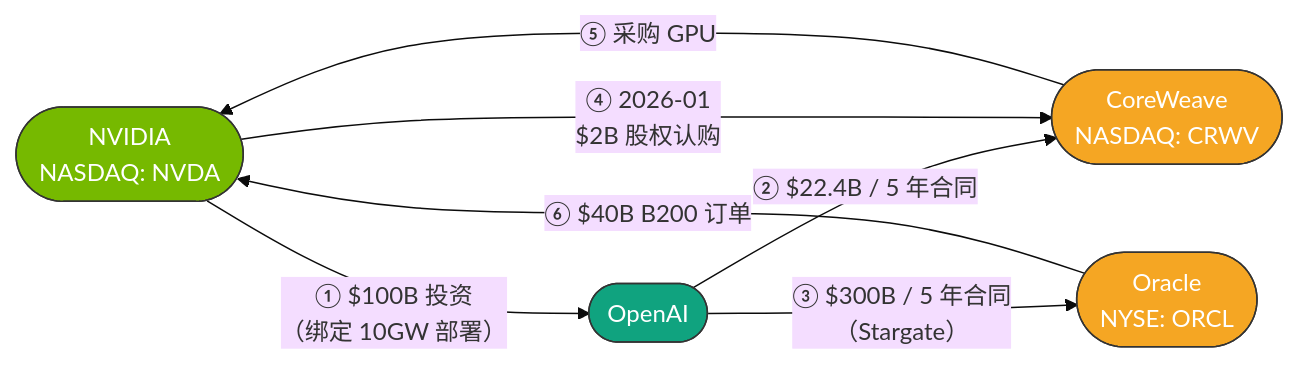
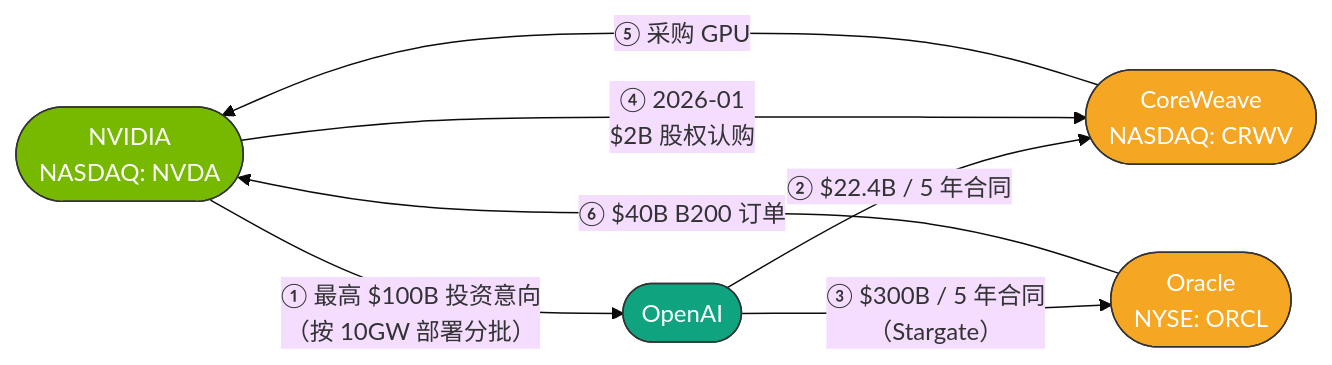
Before and after one commit to diguike/book-compute-economics: the first of 2 diagrams in book/00-prologue/README.md, drawn with Mermaid (base theme). The commit also changed other lines of this file and 33 other files, not shown here.

````diff
--- a/book/00-prologue/README.md
+++ b/book/00-prologue/README.md
@@ -173,21 +104,21 @@
 ```mermaid
 graph LR
     NVDA([NVIDIA<br/>NASDAQ: NVDA])
     OAI([OpenAI])
     CRWV([CoreWeave<br/>NASDAQ: CRWV])
     ORCL([Oracle<br/>NYSE: ORCL])
 
-    NVDA -- "①  $100B 投资<br/>（绑定 10GW 部署）" --> OAI
-    OAI -- "②  $22.4B / 5 年合同" --> CRWV
-    OAI -- "③  $300B / 5 年合同<br/>（Stargate）" --> ORCL
-    NVDA -- "④  2026-01<br/>$2B 股权认购" --> CRWV
-    CRWV -- "⑤  采购 GPU" --> NVDA
-    ORCL -- "⑥  $40B B200 订单" --> NVDA
+    NVDA -- "① 最高 $100B 投资意向<br/>（按 10GW 部署分批）" --> OAI
+    OAI -- "② $22.4B / 5 年合同" --> CRWV
+    OAI -- "③ $300B / 5 年合同<br/>（Stargate）" --> ORCL
+    NVDA -- "④ 2026-01<br/>$2B 股权认购" --> CRWV
+    CRWV -- "⑤ 采购 GPU" --> NVDA
+    ORCL -- "⑥ $40B B200 订单" --> NVDA
 
     classDef supplier fill:#76B900,stroke:#333,color:#fff
     classDef model fill:#10A37F,stroke:#333,color:#fff
     classDef cloud fill:#F5A623,stroke:#333,color:#fff
     class NVDA supplier
     class OAI model
     class CRWV,ORCL cloud
 ```
````
